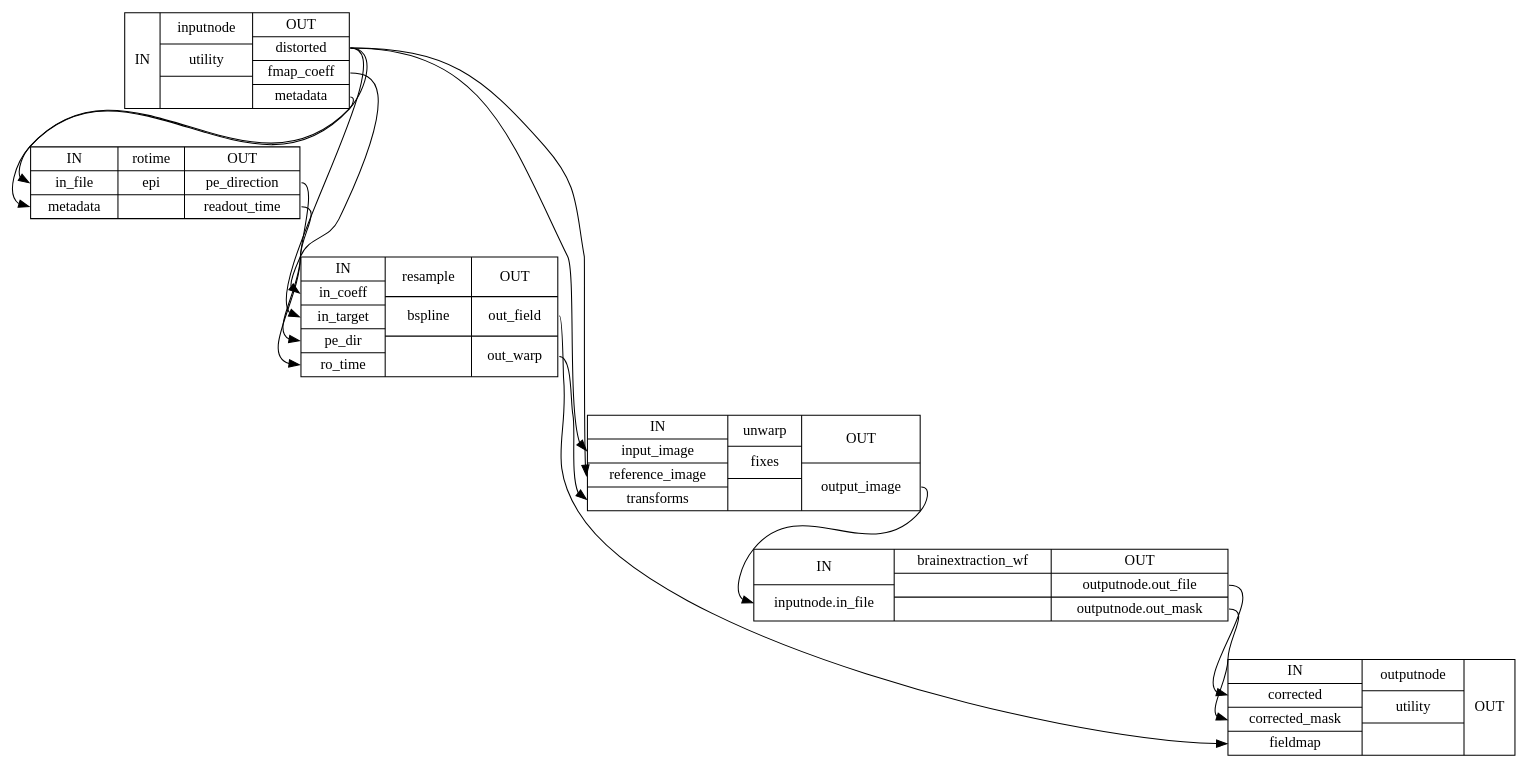
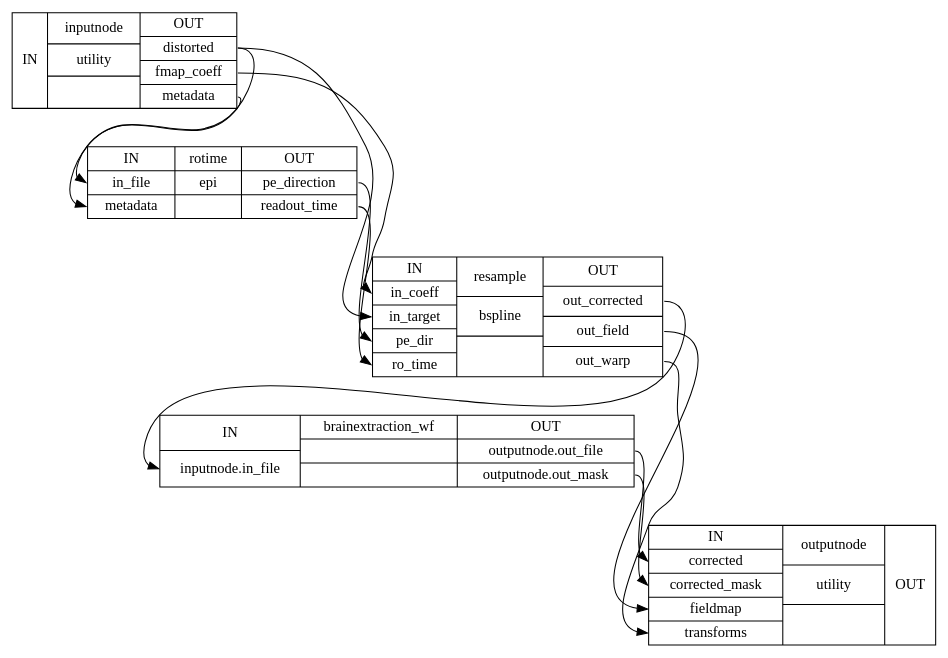
The diagram in enh_outputnode-method/wf_directive/api/unwarp_wf/sdcflows-workflows-apply-correction-1_detailed.dot (poldracklab/sdcflows), drawn with Graphviz before and after one commit. The commit also changed 3166 other files, not shown here.

```diff
--- a/enh_outputnode-method/wf_directive/api/unwarp_wf/sdcflows-workflows-apply-correction-1_detailed.dot
+++ b/enh_outputnode-method/wf_directive/api/unwarp_wf/sdcflows-workflows-apply-correction-1_detailed.dot
@@ -1,22 +1,19 @@
 digraph structs {
 node [shape=record];
 unwarp_wfinputnode [label="{IN}|{ inputnode | utility |  }|{OUT|<outdistorted> distorted|<outfmapcoeff> fmap_coeff|<outmetadata> metadata}"];
 unwarp_wfrotime [label="{IN|<ininfile> in_file|<inmetadata> metadata}|{ rotime | epi |  }|{OUT|<outpedirection> pe_direction|<outreadouttime> readout_time}"];
-unwarp_wfresample [label="{IN|<inincoeff> in_coeff|<inintarget> in_target|<inpedir> pe_dir|<inrotime> ro_time}|{ resample | bspline |  }|{OUT|<outoutfield> out_field|<outoutwarp> out_warp}"];
-unwarp_wfunwarp [label="{IN|<ininputimage> input_image|<inreferenceimage> reference_image|<intransforms> transforms}|{ unwarp | fixes |  }|{OUT|<outoutputimage> output_image}"];
+unwarp_wfresample [label="{IN|<inincoeff> in_coeff|<inintarget> in_target|<inpedir> pe_dir|<inrotime> ro_time}|{ resample | bspline |  }|{OUT|<outoutcorrected> out_corrected|<outoutfield> out_field|<outoutwarp> out_warp}"];
 unwarp_wfbrainextraction_wf [label="{IN|<ininputnodeinfile> inputnode.in_file}|{ brainextraction_wf |  |  }|{OUT|<outoutputnodeoutfile> outputnode.out_file|<outoutputnodeoutmask> outputnode.out_mask}"];
-unwarp_wfoutputnode [label="{IN|<incorrected> corrected|<incorrectedmask> corrected_mask|<infieldmap> fieldmap}|{ outputnode | utility |  }|{OUT}"];
+unwarp_wfoutputnode [label="{IN|<incorrected> corrected|<incorrectedmask> corrected_mask|<infieldmap> fieldmap|<intransforms> transforms}|{ outputnode | utility |  }|{OUT}"];
 unwarp_wfbrainextraction_wf:outoutputnodeoutfile:e -> unwarp_wfoutputnode:incorrected:w;
 unwarp_wfbrainextraction_wf:outoutputnodeoutmask:e -> unwarp_wfoutputnode:incorrectedmask:w;
 unwarp_wfinputnode:outdistorted:e -> unwarp_wfresample:inintarget:w;
 unwarp_wfinputnode:outdistorted:e -> unwarp_wfrotime:ininfile:w;
-unwarp_wfinputnode:outdistorted:e -> unwarp_wfunwarp:ininputimage:w;
-unwarp_wfinputnode:outdistorted:e -> unwarp_wfunwarp:inreferenceimage:w;
 unwarp_wfinputnode:outfmapcoeff:e -> unwarp_wfresample:inincoeff:w;
 unwarp_wfinputnode:outmetadata:e -> unwarp_wfrotime:inmetadata:w;
+unwarp_wfresample:outoutcorrected:e -> unwarp_wfbrainextraction_wf:ininputnodeinfile:w;
 unwarp_wfresample:outoutfield:e -> unwarp_wfoutputnode:infieldmap:w;
-unwarp_wfresample:outoutwarp:e -> unwarp_wfunwarp:intransforms:w;
+unwarp_wfresample:outoutwarp:e -> unwarp_wfoutputnode:intransforms:w;
 unwarp_wfrotime:outpedirection:e -> unwarp_wfresample:inpedir:w;
 unwarp_wfrotime:outreadouttime:e -> unwarp_wfresample:inrotime:w;
-unwarp_wfunwarp:outoutputimage:e -> unwarp_wfbrainextraction_wf:ininputnodeinfile:w;
 }
```
